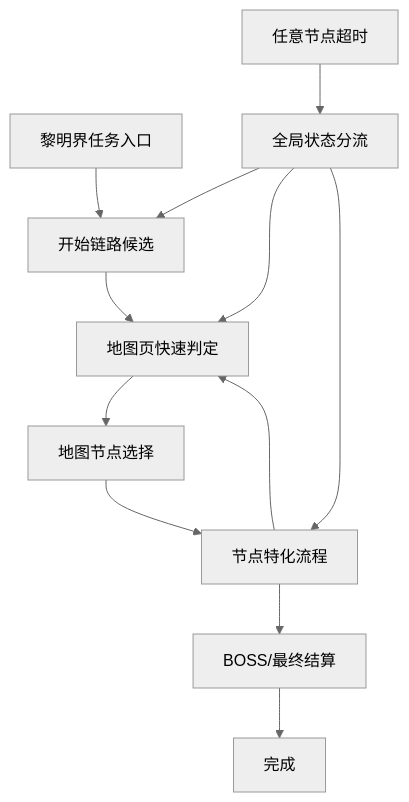
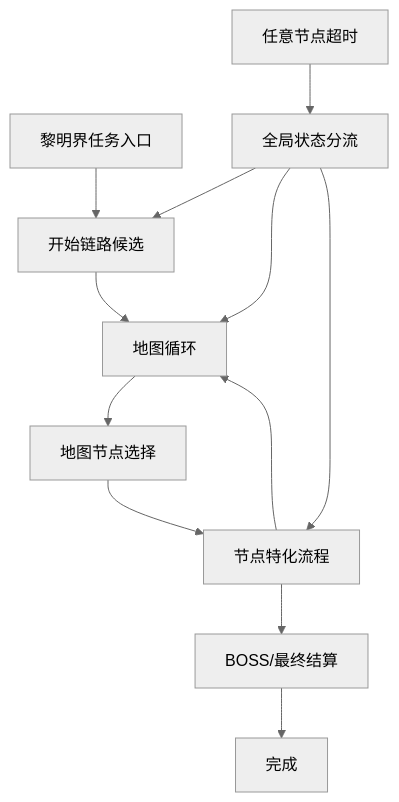
The diagram in docs/zh_cn/黎明界自动化流程设计.md (hitazuki/MaaPCR), drawn with Mermaid (neutral theme) before and after one commit. The commit also changed other lines of this file and 7 other files, not shown here.

Commit message:
feat(limingjie): BOSS三队自动编成熟练度排序功能，地图节点路径精简

````diff
--- a/docs/zh_cn/黎明界自动化流程设计.md
+++ b/docs/zh_cn/黎明界自动化流程设计.md
@@ -27,14 +27,14 @@
 ```mermaid
 flowchart TD
   A["黎明界任务入口"] --> C["开始链路候选"]
-  C --> D["地图页快速判定"]
+  C --> D["地图循环"]
   D --> E["地图节点选择"]
   E --> F["节点特化流程"]
   F --> D
   F --> G["BOSS/最终结算"]
   G --> H["完成"]
   X["任意节点超时"] --> R["全局状态分流"]
   R --> C
   R --> D
   R --> F
 ```
````
